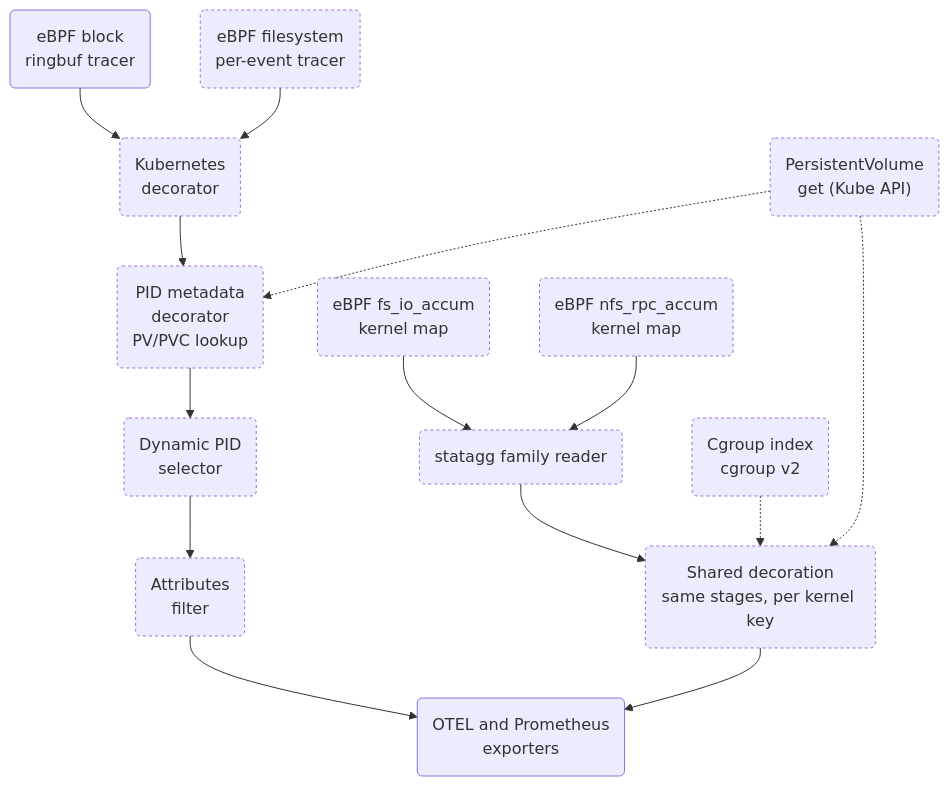
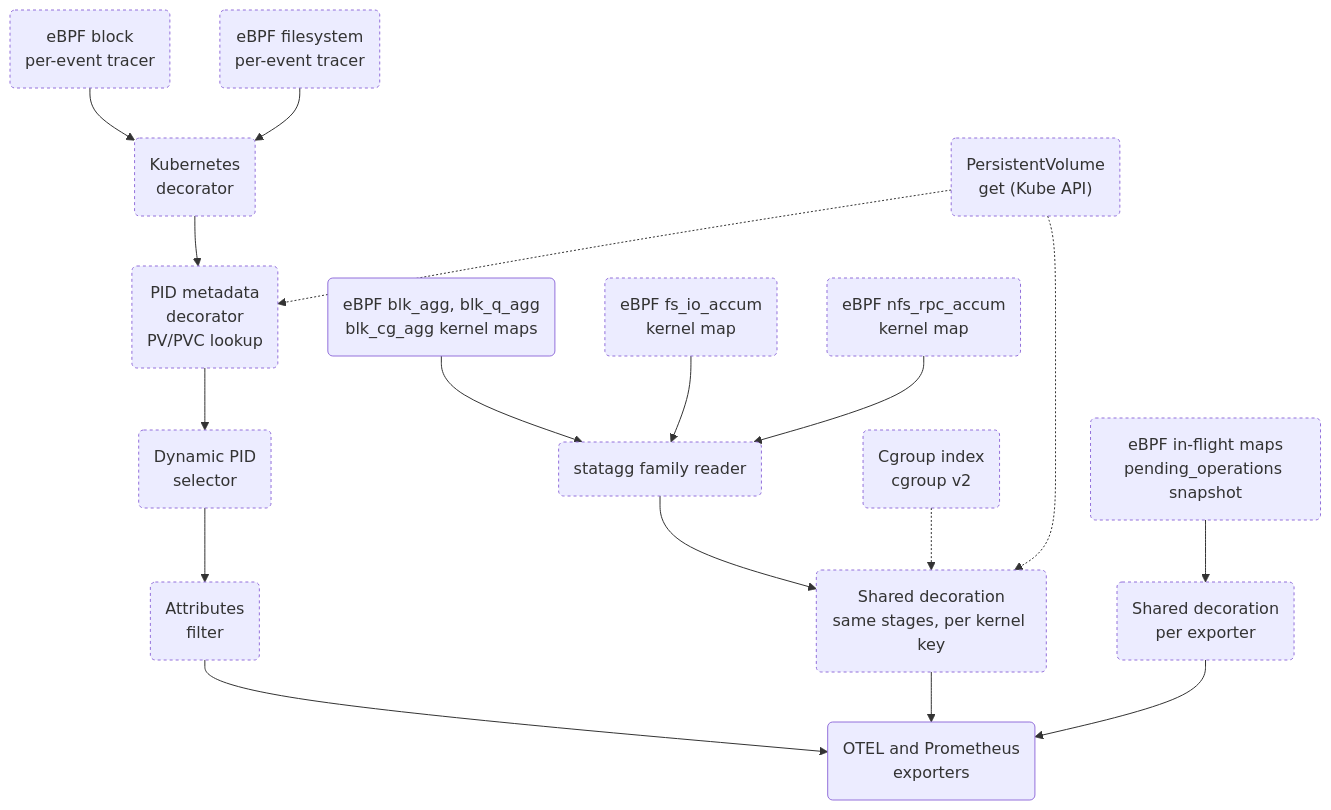
Before and after one commit to TheDwingMAN/opentelemetry-ebpf-instrumentation: the fourth of 4 diagrams in devdocs/pipeline-map.md, drawn with Mermaid. The commit also changed other lines of this file and 4 other files, not shown here.

````diff
--- a/devdocs/pipeline-map.md
+++ b/devdocs/pipeline-map.md
@@ -127,17 +129,20 @@
 ```mermaid
 flowchart TD
     classDef optional stroke-dasharray: 3 3;
-    BLK(eBPF block<br/>ringbuf tracer) --> K8S
+    BLK(eBPF block<br/>per-event tracer):::optional --> K8S
     FSE(eBPF filesystem<br/>per-event tracer):::optional --> K8S
     K8S(Kubernetes<br/>decorator):::optional --> PID(PID metadata<br/>decorator<br/>PV/PVC lookup):::optional
     PID --> DYN(Dynamic PID<br/>selector):::optional
     DYN --> FLTR(Attributes<br/>filter):::optional
     FLTR --> EXP(OTEL and Prometheus<br/>exporters)
+    BLKM(eBPF blk_agg, blk_q_agg<br/>blk_cg_agg kernel maps) --> FAM
     FSM(eBPF fs_io_accum<br/>kernel map):::optional --> FAM
     NFSM(eBPF nfs_rpc_accum<br/>kernel map):::optional --> FAM
     FAM(statagg family reader):::optional --> DEC(Shared decoration<br/>same stages, per kernel key):::optional
     CGI(Cgroup index<br/>cgroup v2):::optional -.-> DEC
     DEC --> EXP
+    INF(eBPF in-flight maps<br/>pending_operations snapshot):::optional --> PDEC(Shared decoration<br/>per exporter):::optional
+    PDEC --> EXP
     PV("PersistentVolume<br/>get (Kube API)"):::optional -.-> PID
     PV -.-> DEC
 ```
````
